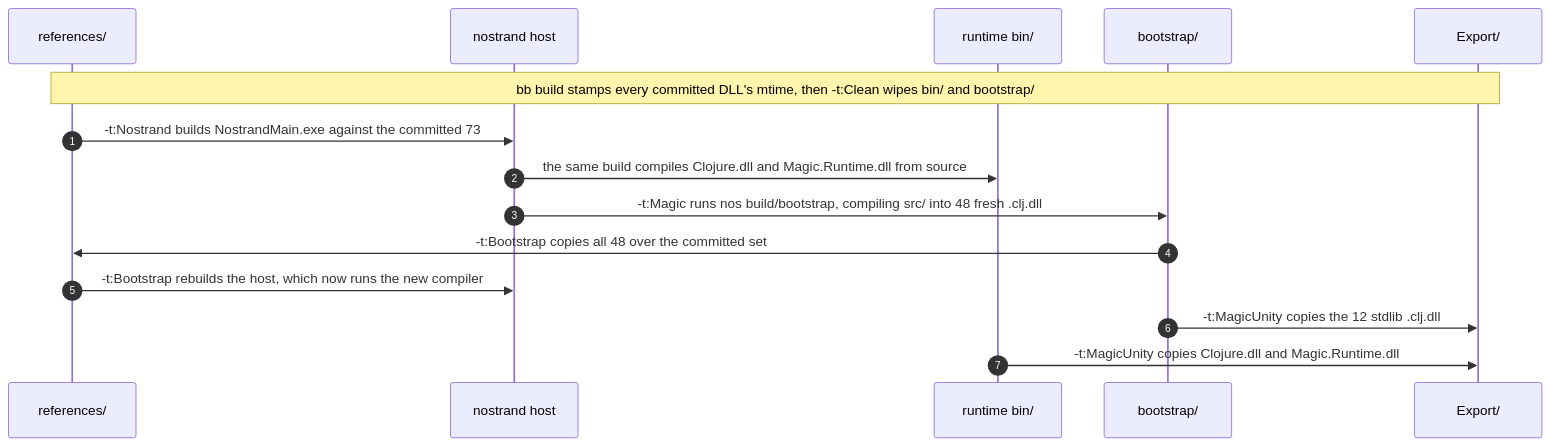
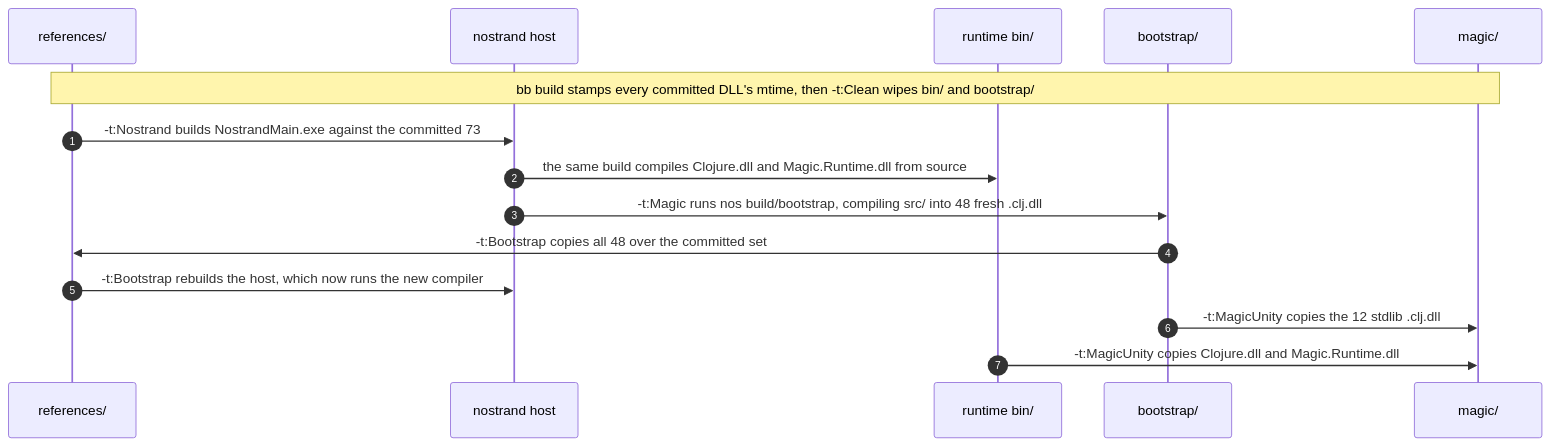
One commit to flybot-sg/magic changed the second of 6 diagrams in docs/bootstrap.md. Above: the diagram before and after it, drawn with Mermaid. The commit also changed other lines of this file and 107 other files, not shown here.

````diff
--- a/docs/bootstrap.md
+++ b/docs/bootstrap.md
@@ -97,18 +97,18 @@
 ```mermaid
 sequenceDiagram
     autonumber
     participant refs as references/
     participant host as nostrand host
     participant rt as runtime bin/
     participant boot as bootstrap/
-    participant exp as Export/
+    participant exp as magic/
 
     Note over refs,exp: bb build stamps every committed DLL's mtime, then -t:Clean wipes bin/ and bootstrap/
     refs->>host: -t:Nostrand builds NostrandMain.exe against the committed 73
     host->>rt: the same build compiles Clojure.dll and Magic.Runtime.dll from source
     host->>boot: -t:Magic runs nos build/bootstrap, compiling src/ into 48 fresh .clj.dll
     boot->>refs: -t:Bootstrap copies all 48 over the committed set
     refs->>host: -t:Bootstrap rebuilds the host, which now runs the new compiler
     boot->>exp: -t:MagicUnity copies the 12 stdlib .clj.dll
     rt->>exp: -t:MagicUnity copies Clojure.dll and Magic.Runtime.dll
 ```
````
